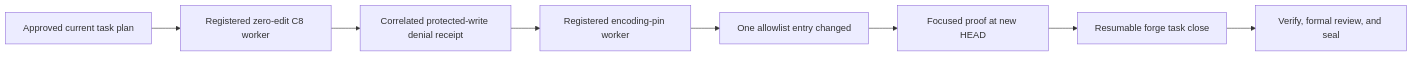
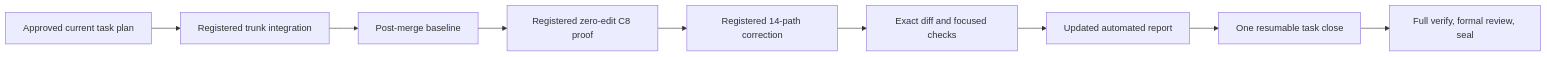
The diagram in .factory/stories/FORGE-COORD-1/task-plans/NATIVE-FOREGROUND-ACTIVATE.md (ismaeldoez7/symphony-forge), drawn with Mermaid before and after one commit. The commit also changed other lines of this file and 11 other files, not shown here.

````diff
--- a/.factory/stories/FORGE-COORD-1/task-plans/NATIVE-FOREGROUND-ACTIVATE.md
+++ b/.factory/stories/FORGE-COORD-1/task-plans/NATIVE-FOREGROUND-ACTIVATE.md
@@ -52,10 +68,11 @@
 ```mermaid
 flowchart LR
-    A[Approved current task plan] --> B[Registered zero-edit C8 worker]
-    B --> C[Correlated protected-write denial receipt]
-    C --> D[Registered encoding-pin worker]
-    D --> E[One allowlist entry changed]
-    E --> F[Focused proof at new HEAD]
-    F --> G[Resumable forge task close]
-    G --> H[Verify, formal review, and seal]
+    A[Approved current task plan] --> B[Registered trunk integration]
+    B --> C[Post-merge baseline]
+    C --> D[Registered zero-edit C8 proof]
+    D --> E[Registered 14-path correction]
+    E --> F[Exact diff and focused checks]
+    F --> G[Updated automated report]
+    G --> H[One resumable task close]
+    H --> I[Full verify, formal review, seal]
 ```
````
